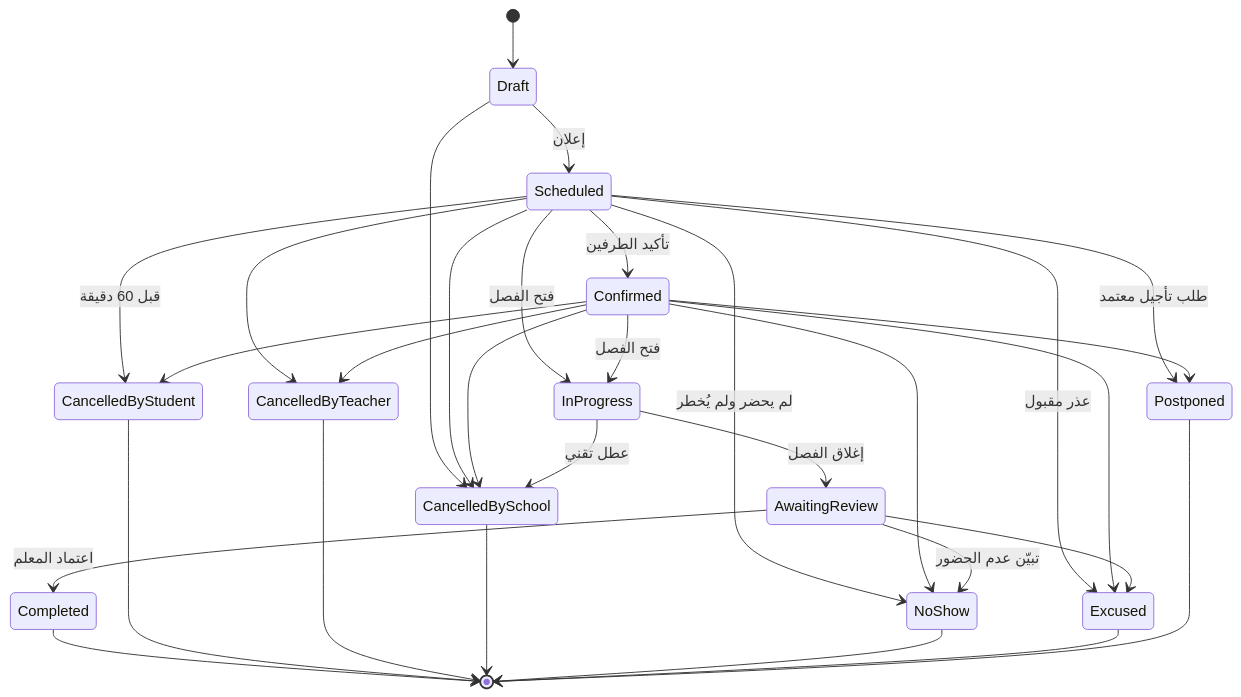
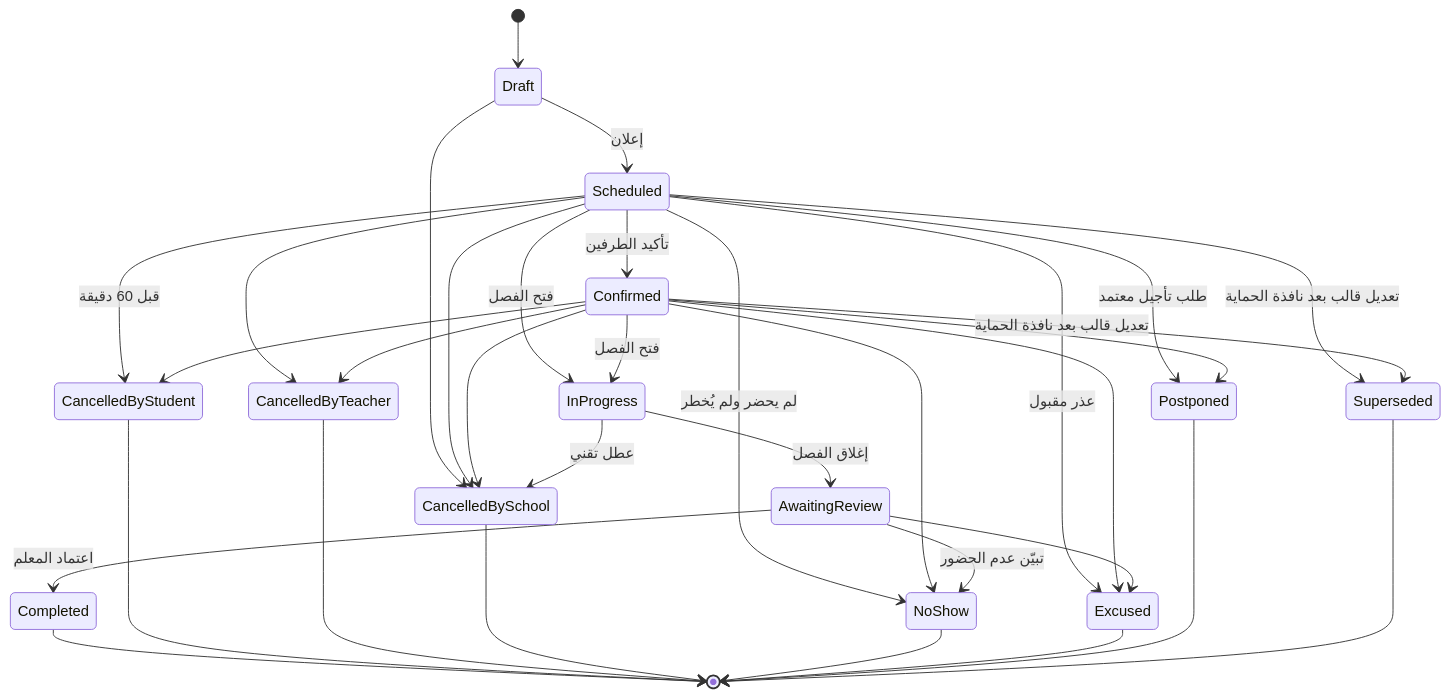
Before and after one commit to hos3004/e-school: the first of 5 diagrams in docs/05-state-machines.md, drawn with Mermaid. The commit also changed other lines of this file and 1189 other files, not shown here.

````diff
--- a/docs/05-state-machines.md
+++ b/docs/05-state-machines.md
@@ -18,39 +18,42 @@
 ```mermaid
 stateDiagram-v2
     [*] --> Draft
     Draft --> Scheduled : إعلان
     Draft --> CancelledBySchool
 
     Scheduled --> Confirmed : تأكيد الطرفين
     Scheduled --> InProgress : فتح الفصل
     Confirmed --> InProgress : فتح الفصل
 
     Scheduled --> Postponed : طلب تأجيل معتمد
     Confirmed --> Postponed
 
     Scheduled --> CancelledByStudent : قبل 60 دقيقة
     Scheduled --> CancelledByTeacher
     Scheduled --> CancelledBySchool
     Scheduled --> NoShow : لم يحضر ولم يُخطر
     Scheduled --> Excused : عذر مقبول
     Confirmed --> CancelledByStudent
     Confirmed --> CancelledByTeacher
     Confirmed --> CancelledBySchool
     Confirmed --> NoShow
     Confirmed --> Excused
+    Scheduled --> Superseded : تعديل قالب بعد نافذة الحماية
+    Confirmed --> Superseded : تعديل قالب بعد نافذة الحماية
 
     InProgress --> AwaitingReview : إغلاق الفصل
     InProgress --> CancelledBySchool : عطل تقني
 
     AwaitingReview --> Completed : اعتماد المعلم
     AwaitingReview --> NoShow : تبيّن عدم الحضور
     AwaitingReview --> Excused
 
     Completed --> [*]
     CancelledByStudent --> [*]
     CancelledByTeacher --> [*]
     CancelledBySchool --> [*]
     NoShow --> [*]
     Excused --> [*]
     Postponed --> [*]
+    Superseded --> [*]
 ```
````
